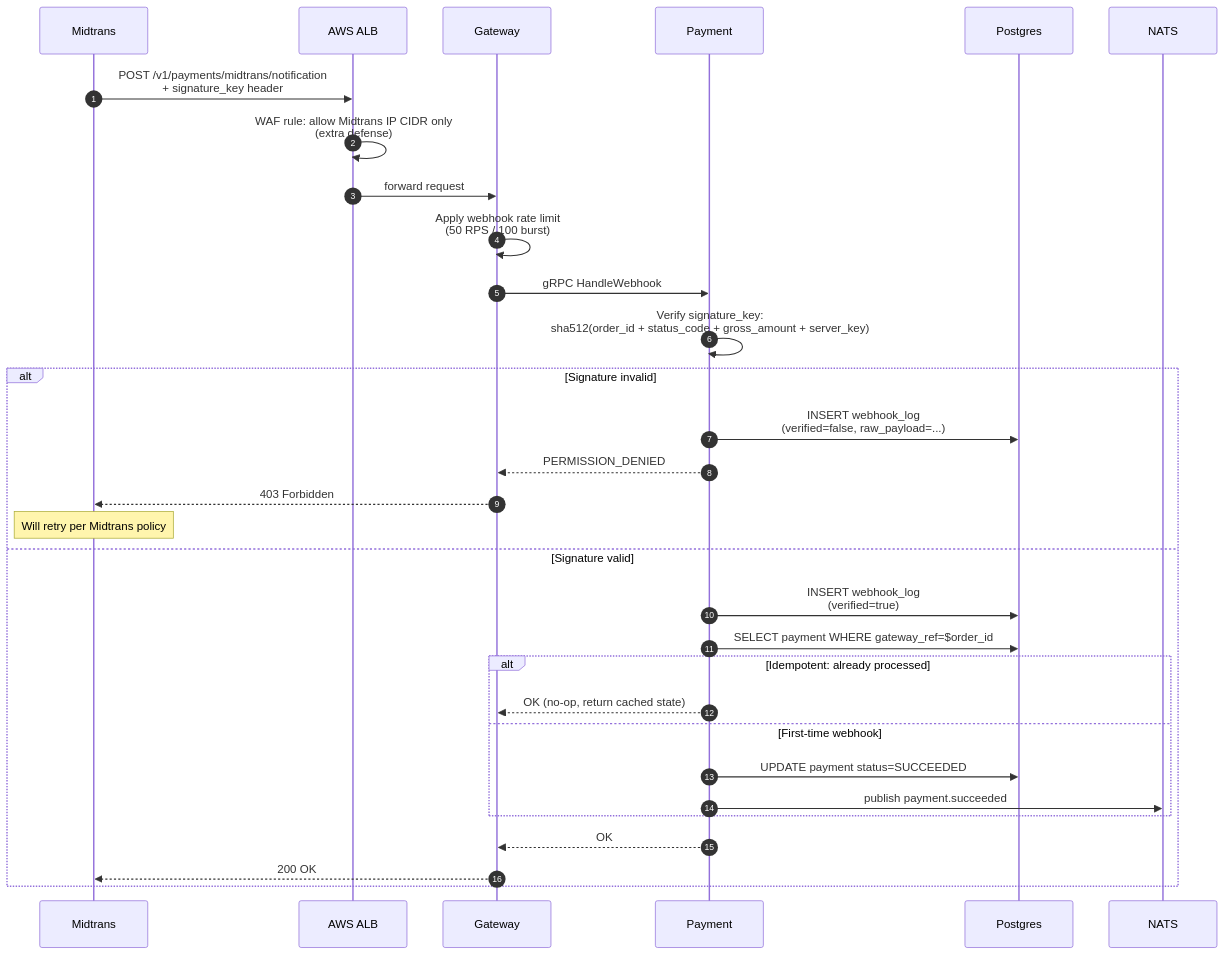
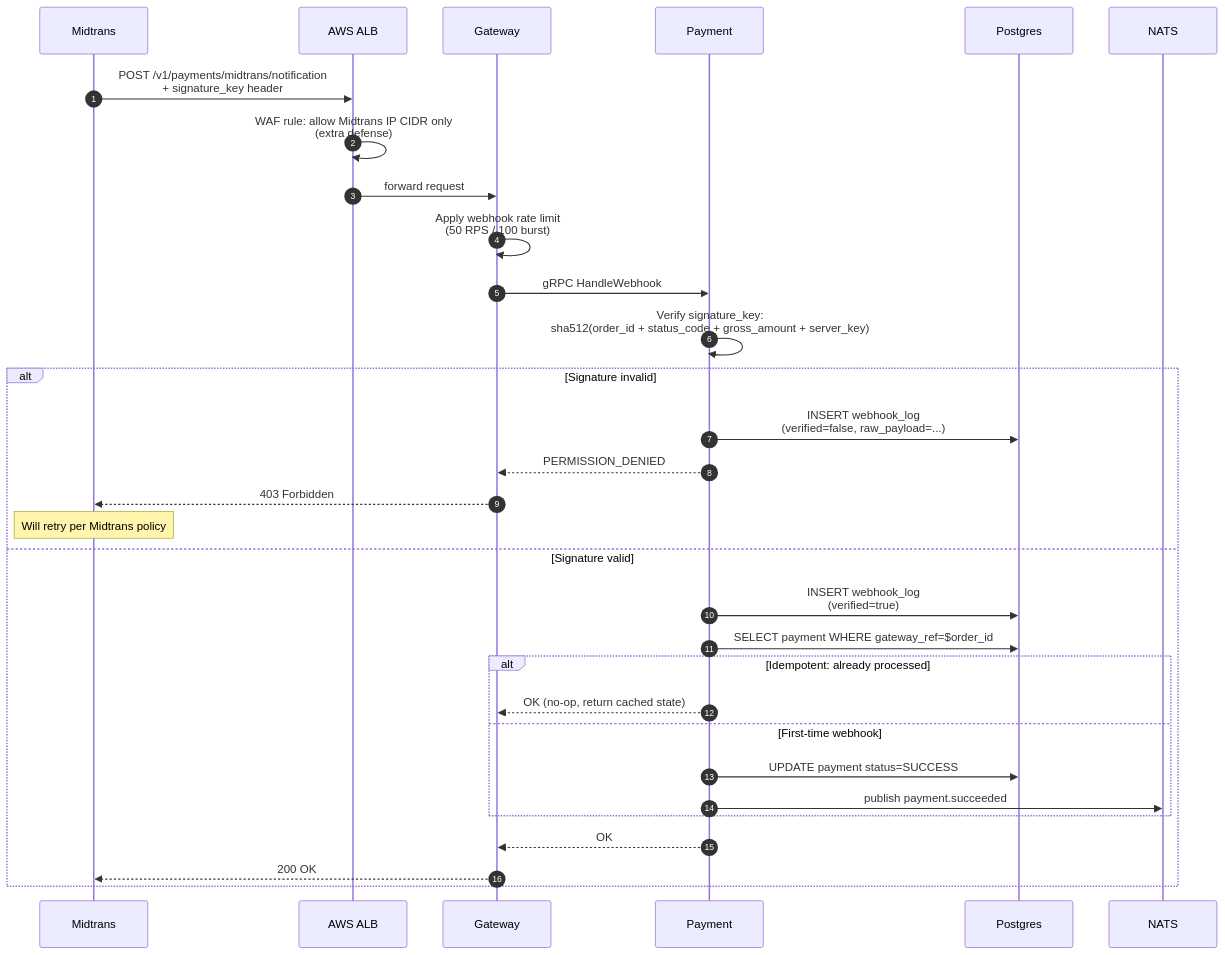
One commit to ajiputt/parkir-pintar changed the fifth of 6 diagrams in docs/architecture/diagrams/sequences.md. Above: the diagram before and after it, drawn with Mermaid. The commit also changed other lines of this file and 4 other files, not shown here.

Commit message:
docs(architecture): sync ERD + sequence diagrams dengan final schema

````diff
--- a/docs/architecture/diagrams/sequences.md
+++ b/docs/architecture/diagrams/sequences.md
@@ -231,41 +231,41 @@
 ```mermaid
 sequenceDiagram
     autonumber
     participant Midtrans
     participant ALB as AWS ALB
     participant Gateway
     participant Payment
     participant Postgres
     participant NATS
 
     Midtrans->>ALB: POST /v1/payments/midtrans/notification<br/>+ signature_key header
 
     ALB->>ALB: WAF rule: allow Midtrans IP CIDR only<br/>(extra defense)
     ALB->>Gateway: forward request
 
     Gateway->>Gateway: Apply webhook rate limit<br/>(50 RPS / 100 burst)
 
     Gateway->>Payment: gRPC HandleWebhook
 
     Payment->>Payment: Verify signature_key:<br/>sha512(order_id + status_code + gross_amount + server_key)
 
     alt Signature invalid
         Payment->>Postgres: INSERT webhook_log<br/>(verified=false, raw_payload=...)
         Payment-->>Gateway: PERMISSION_DENIED
         Gateway-->>Midtrans: 403 Forbidden
         Note over Midtrans: Will retry per Midtrans policy
     else Signature valid
         Payment->>Postgres: INSERT webhook_log<br/>(verified=true)
         Payment->>Postgres: SELECT payment WHERE gateway_ref=$order_id
         
         alt Idempotent: already processed
             Payment-->>Gateway: OK (no-op, return cached state)
         else First-time webhook
-            Payment->>Postgres: UPDATE payment status=SUCCEEDED
+            Payment->>Postgres: UPDATE payment status=SUCCESS
             Payment->>NATS: publish payment.succeeded
         end
         
         Payment-->>Gateway: OK
         Gateway-->>Midtrans: 200 OK
     end
 ```
````
